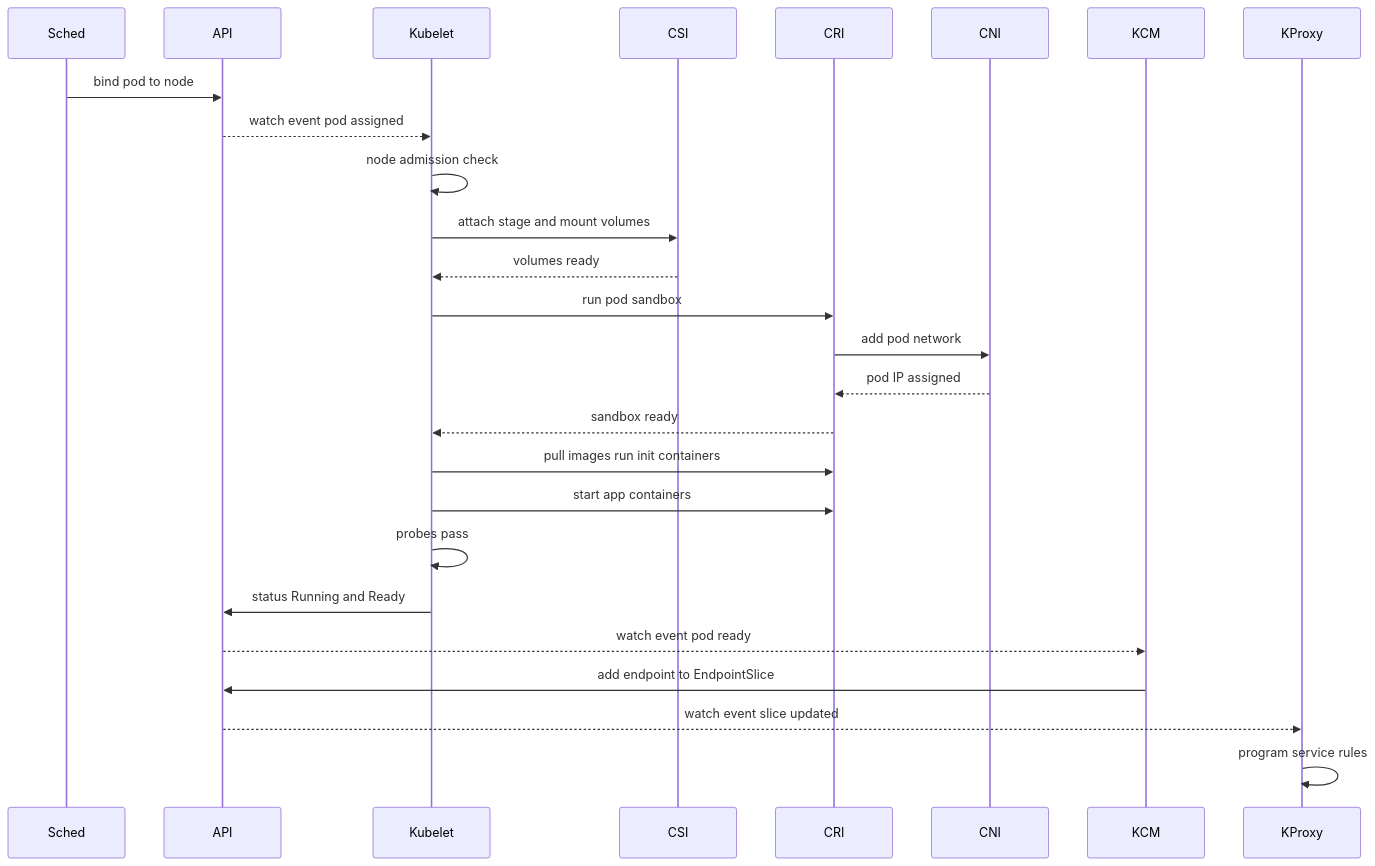
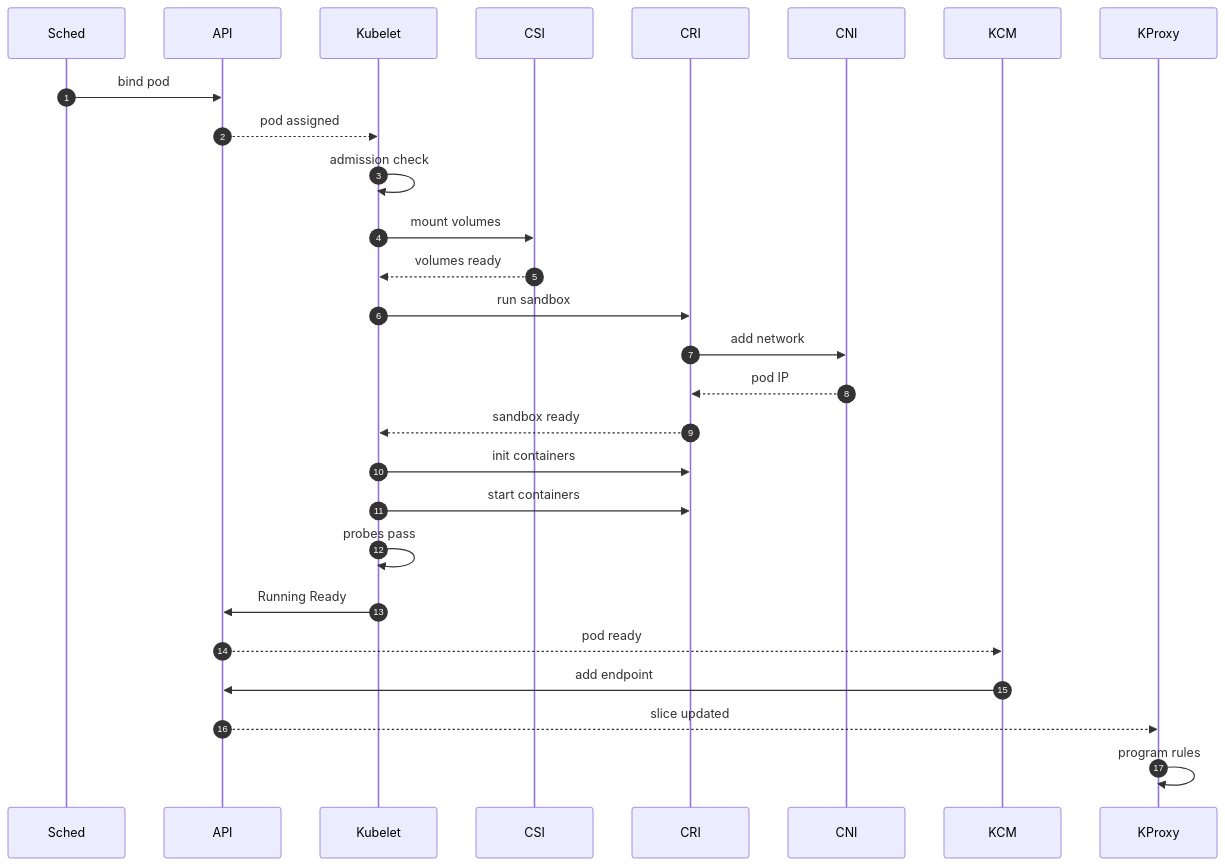
The first of 7 diagrams in chapters/ch04.md (sanketsudake/k8s-worksheet), drawn with Mermaid before and after one commit. The commit also changed other lines of this file and 2 other files, not shown here.

First line of the commit message:
ch04, ch08, ch09: shrink diagrams as far as text allows

````diff
--- a/chapters/ch04.md
+++ b/chapters/ch04.md
@@ -41,28 +41,29 @@
 ```mermaid
 sequenceDiagram
+  autonumber
   participant Sched
   participant API
   participant Kubelet
   participant CSI
   participant CRI
   participant CNI
   participant KCM
   participant KProxy
-  Sched->>API: bind pod to node
-  API-->>Kubelet: watch event pod assigned
-  Kubelet->>Kubelet: node admission check
-  Kubelet->>CSI: attach stage and mount volumes
+  Sched->>API: bind pod
+  API-->>Kubelet: pod assigned
+  Kubelet->>Kubelet: admission check
+  Kubelet->>CSI: mount volumes
   CSI-->>Kubelet: volumes ready
-  Kubelet->>CRI: run pod sandbox
-  CRI->>CNI: add pod network
-  CNI-->>CRI: pod IP assigned
+  Kubelet->>CRI: run sandbox
+  CRI->>CNI: add network
+  CNI-->>CRI: pod IP
   CRI-->>Kubelet: sandbox ready
-  Kubelet->>CRI: pull images run init containers
-  Kubelet->>CRI: start app containers
+  Kubelet->>CRI: init containers
+  Kubelet->>CRI: start containers
   Kubelet->>Kubelet: probes pass
-  Kubelet->>API: status Running and Ready
-  API-->>KCM: watch event pod ready
-  KCM->>API: add endpoint to EndpointSlice
-  API-->>KProxy: watch event slice updated
-  KProxy->>KProxy: program service rules
+  Kubelet->>API: Running Ready
+  API-->>KCM: pod ready
+  KCM->>API: add endpoint
+  API-->>KProxy: slice updated
+  KProxy->>KProxy: program rules
 ```
````
